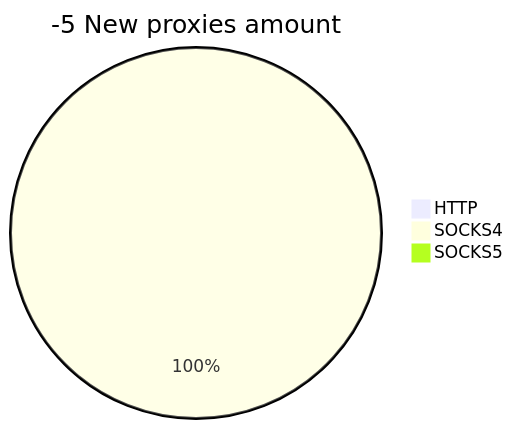
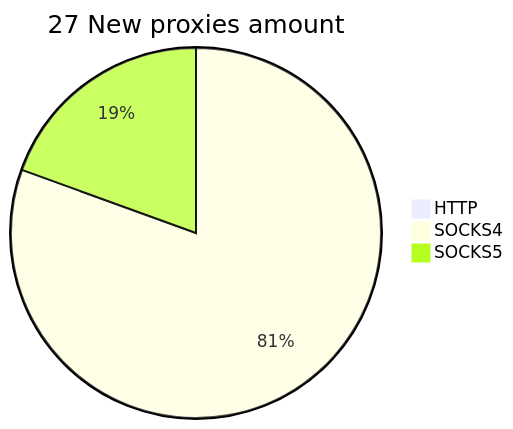
Before and after one commit to cutipu/proxylist: the second of 2 diagrams in README.md, drawn with Mermaid. The commit also changed other lines of this file, not shown here.

````diff
--- a/README.md
+++ b/README.md
@@ -10,6 +10,6 @@
 ```mermaid
-pie title -5 New proxies amount
+pie title 27 New proxies amount
     "HTTP" : 0
-    "SOCKS4" : 1
-    "SOCKS5" : 0
+    "SOCKS4" : 120
+    "SOCKS5" : 29
 ```
````
